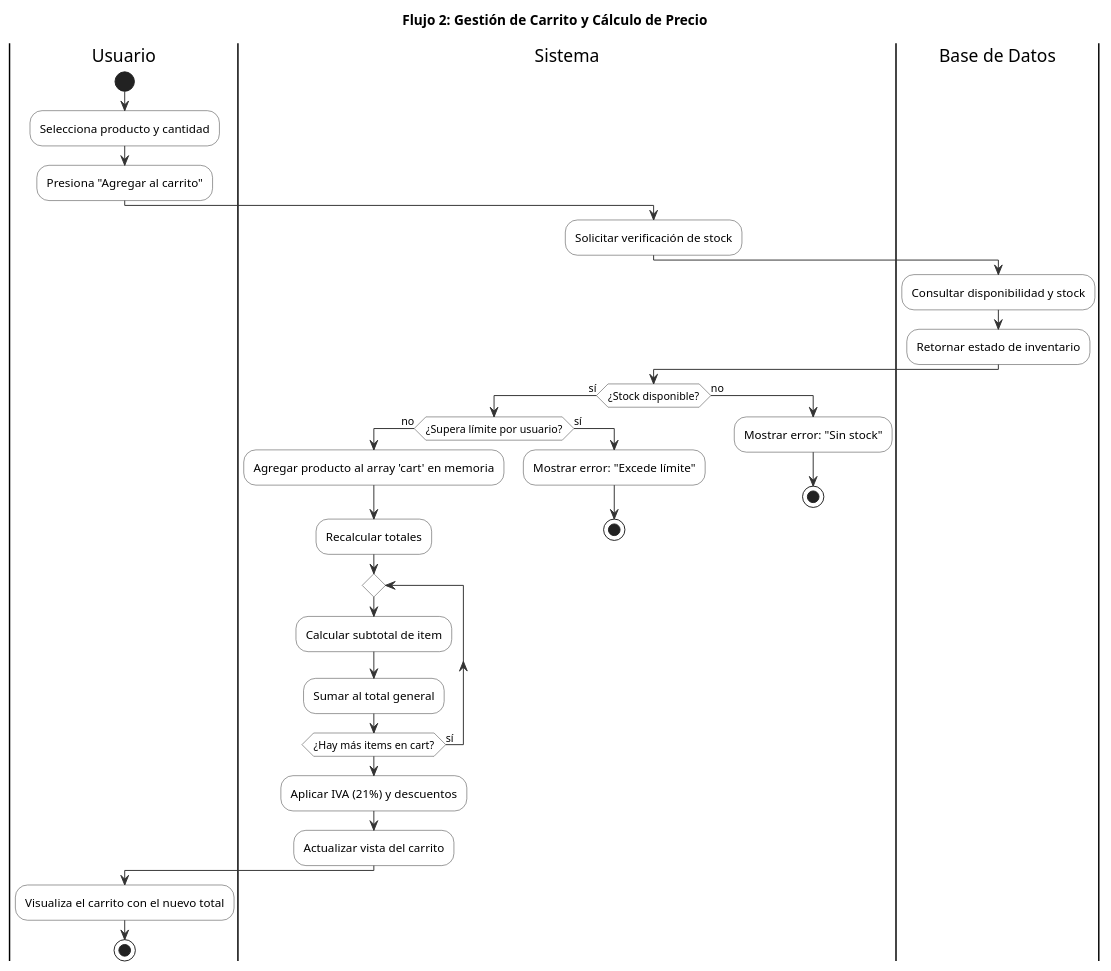
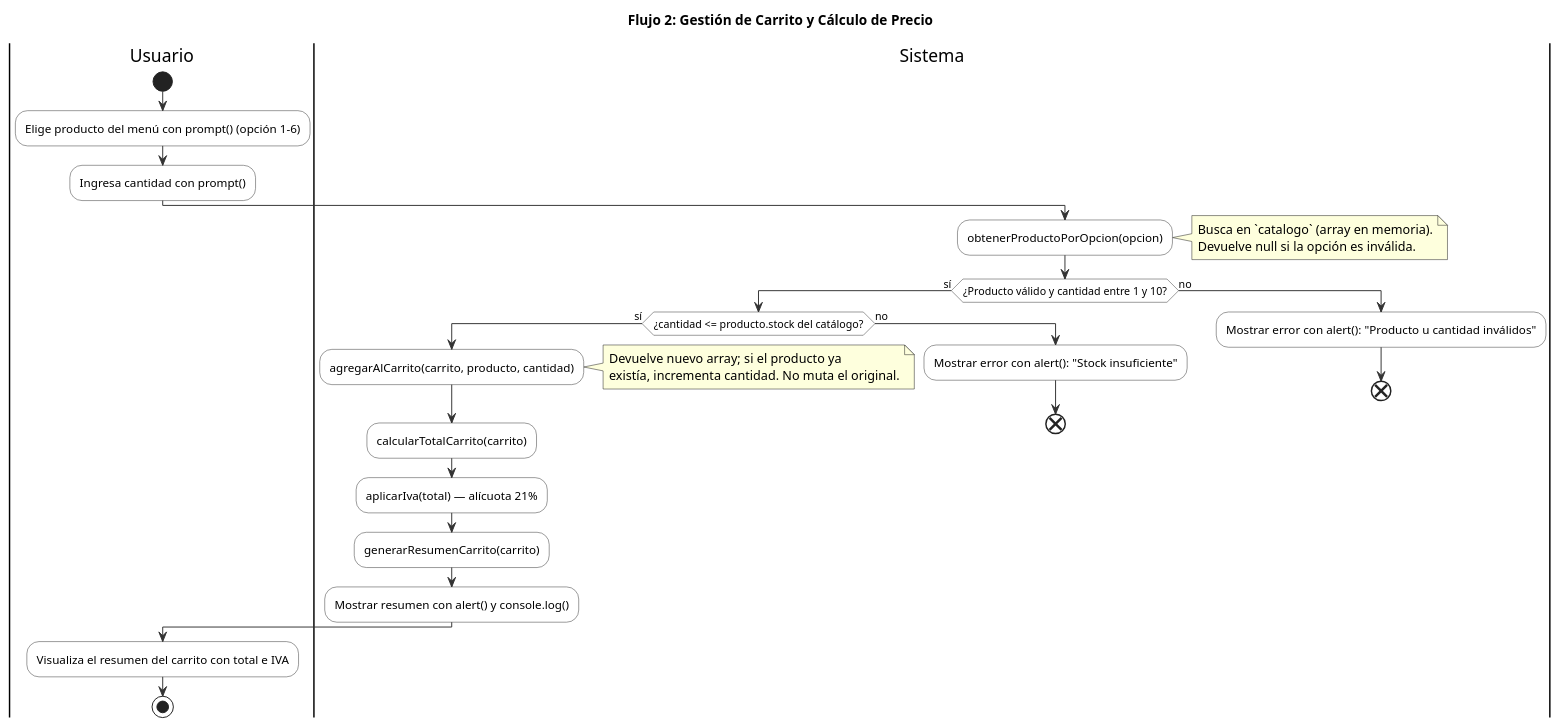
One commit to GonzaloBarbano/E-commerce changed the diagram in docs/05-diagramas/01-diagrama-de-actividades/actividad-flujo-2-carrito.puml. Above: the diagram before and after it, drawn with PlantUML. The commit also changed 3 other files, not shown here.

```diff
--- a/docs/05-diagramas/01-diagrama-de-actividades/actividad-flujo-2-carrito.puml
+++ b/docs/05-diagramas/01-diagrama-de-actividades/actividad-flujo-2-carrito.puml
@@ -1,42 +1,42 @@
 @startuml flujo-2-carrito
 title Flujo 2: Gestión de Carrito y Cálculo de Precio
 skinparam ActivityBackgroundColor #FFFFFF
 skinparam ActivityBorderColor #333333
 skinparam ArrowColor #333333
 
 |Usuario|
 start
-:Selecciona producto y cantidad;
-:Presiona "Agregar al carrito";
+:Elige producto del menú con prompt() (opción 1-6);
+:Ingresa cantidad con prompt();
 
 |Sistema|
-:Solicitar verificación de stock;
+:obtenerProductoPorOpcion(opcion);
+note right
+  Busca en `catalogo` (array en memoria).
+  Devuelve null si la opción es inválida.
+end note
 
-|Base de Datos|
-:Consultar disponibilidad y stock;
-:Retornar estado de inventario;
-
-|Sistema|
-if (¿Stock disponible?) then (sí)
-  if (¿Supera límite por usuario?) then (no)
-    :Agregar producto al array 'cart' en memoria;
-    :Recalcular totales;
-    repeat
-      :Calcular subtotal de item;
-      :Sumar al total general;
-    repeat while (¿Hay más items en cart?) is (sí)
-    :Aplicar IVA (21%) y descuentos;
-    :Actualizar vista del carrito;
-  else (sí)
-    :Mostrar error: "Excede límite";
-    stop
+if (¿Producto válido y cantidad entre 1 y 10?) then (sí)
+  if (¿cantidad <= producto.stock del catálogo?) then (sí)
+    :agregarAlCarrito(carrito, producto, cantidad);
+    note right
+      Devuelve nuevo array; si el producto ya
+      existía, incrementa cantidad. No muta el original.
+    end note
+    :calcularTotalCarrito(carrito);
+    :aplicarIva(total) — alícuota 21%;
+    :generarResumenCarrito(carrito);
+    :Mostrar resumen con alert() y console.log();
+  else (no)
+    :Mostrar error con alert(): "Stock insuficiente";
+    end
   endif
 else (no)
-  :Mostrar error: "Sin stock";
-  stop
+  :Mostrar error con alert(): "Producto u cantidad inválidos";
+  end
 endif
 
 |Usuario|
-:Visualiza el carrito con el nuevo total;
+:Visualiza el resumen del carrito con total e IVA;
 stop
 @enduml
```
